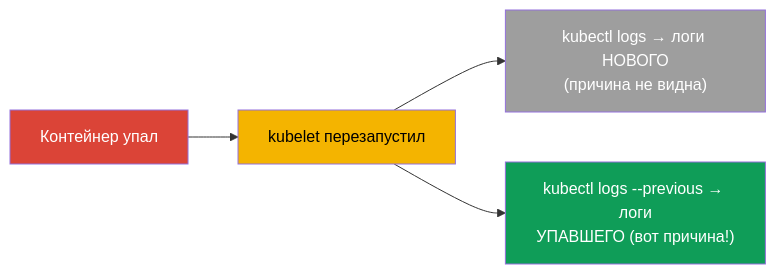
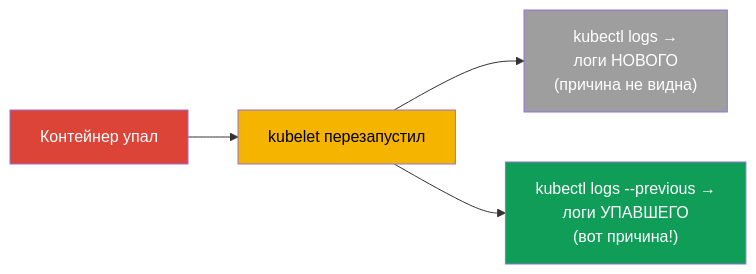
Before and after one commit to ViktorUJ/cks: the third of 7 diagrams in tasks/cka/course/28/ru.md, drawn with Mermaid. The commit also changed other lines of this file and 30 other files, not shown here.

````diff
--- a/tasks/cka/course/28/ru.md
+++ b/tasks/cka/course/28/ru.md
@@ -46,10 +98,10 @@
 ```mermaid
 flowchart LR
     crash["Контейнер упал"] --> restart["kubelet перезапустил"]
-    restart --> now["kubectl logs → логи НОВОГО<br>(причина не видна)"]
-    restart --> prev["kubectl logs --previous → логи<br>УПАВШЕГО (вот причина!)"]
+    restart --> now["kubectl logs →<br>логи НОВОГО<br>(причина не видна)"]
+    restart --> prev["kubectl logs --previous →<br>логи УПАВШЕГО<br>(вот причина!)"]
     style crash fill:#db4437,color:#fff
     style restart fill:#f4b400,color:#000
     style now fill:#9e9e9e,color:#fff
     style prev fill:#0f9d58,color:#fff
 ```
````
